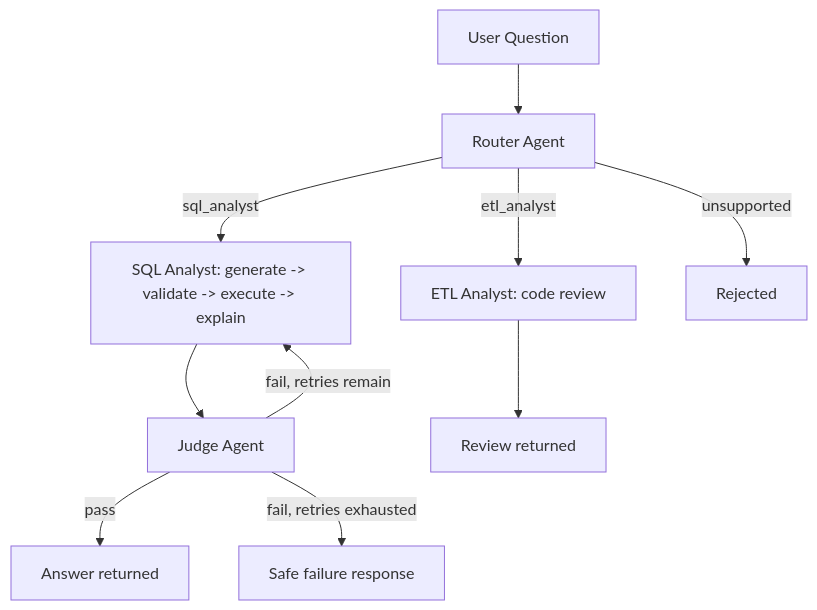
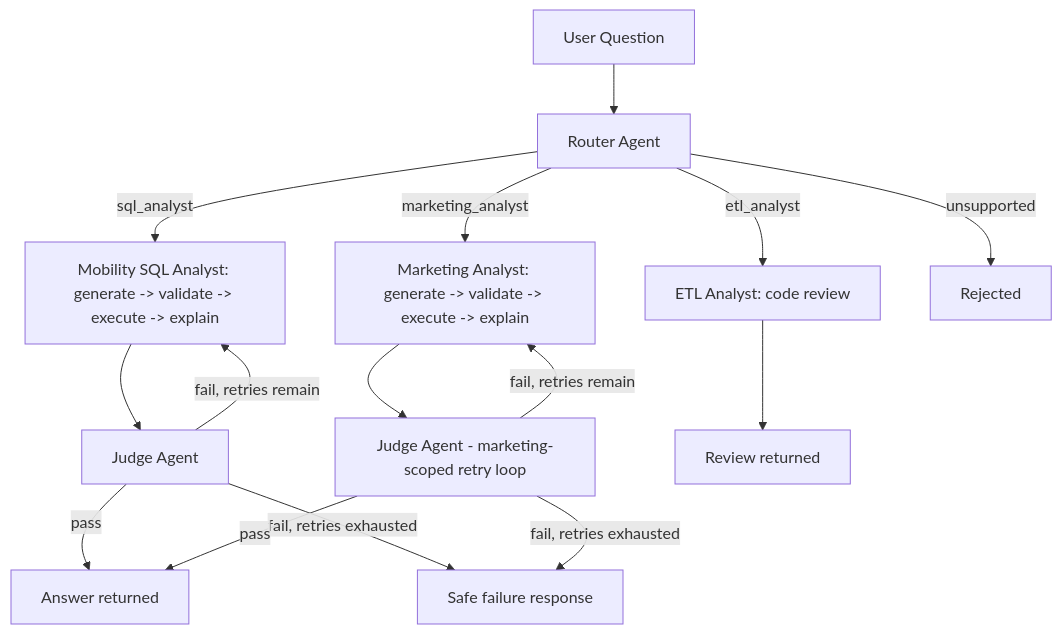
The diagram in README.md (vamsikrish69/Multi-Agent-AI-Data-Analytics-Platform), drawn with Mermaid before and after one commit. The commit also changed other lines of this file, not shown here.

Commit message:
Update README: document the Marketing Analyst second domain, its schema, cross-domain isolation design, and three new honestly-documented model limitations found while building it

````diff
--- a/README.md
+++ b/README.md
@@ -9,12 +13,17 @@
 ```mermaid
 graph TD
     A[User Question] --> B[Router Agent]
-    B -->|sql_analyst| C[SQL Analyst: generate -> validate -> execute -> explain]
+    B -->|sql_analyst| C[Mobility SQL Analyst: generate -> validate -> execute -> explain]
+    B -->|marketing_analyst| M[Marketing Analyst: generate -> validate -> execute -> explain]
     B -->|etl_analyst| D[ETL Analyst: code review]
     B -->|unsupported| E[Rejected]
     C --> F[Judge Agent]
+    M --> F2[Judge Agent - marketing-scoped retry loop]
     F -->|pass| G[Answer returned]
     F -->|fail, retries remain| C
     F -->|fail, retries exhausted| H[Safe failure response]
+    F2 -->|pass| G
+    F2 -->|fail, retries remain| M
+    F2 -->|fail, retries exhausted| H
     D --> I[Review returned]
 ```
````
